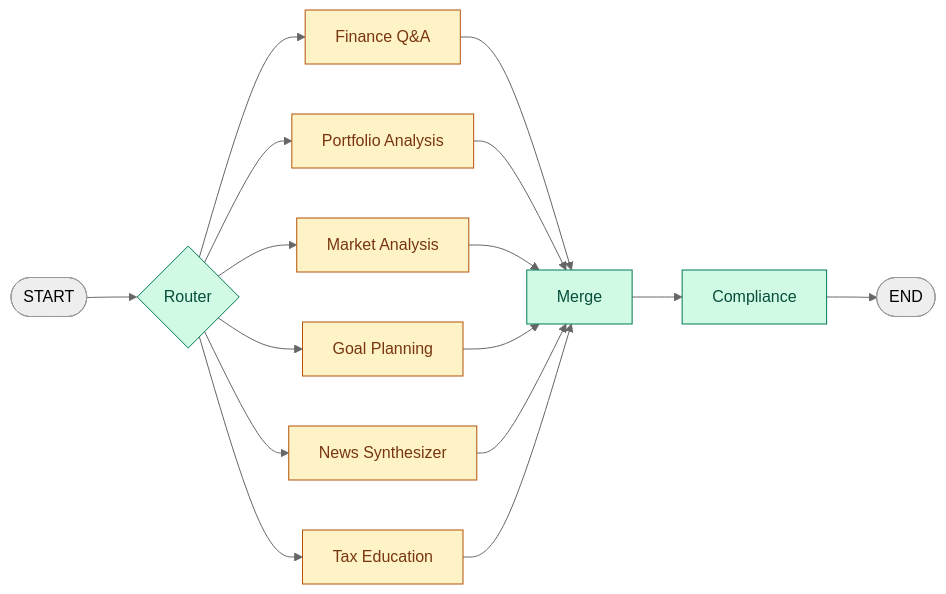
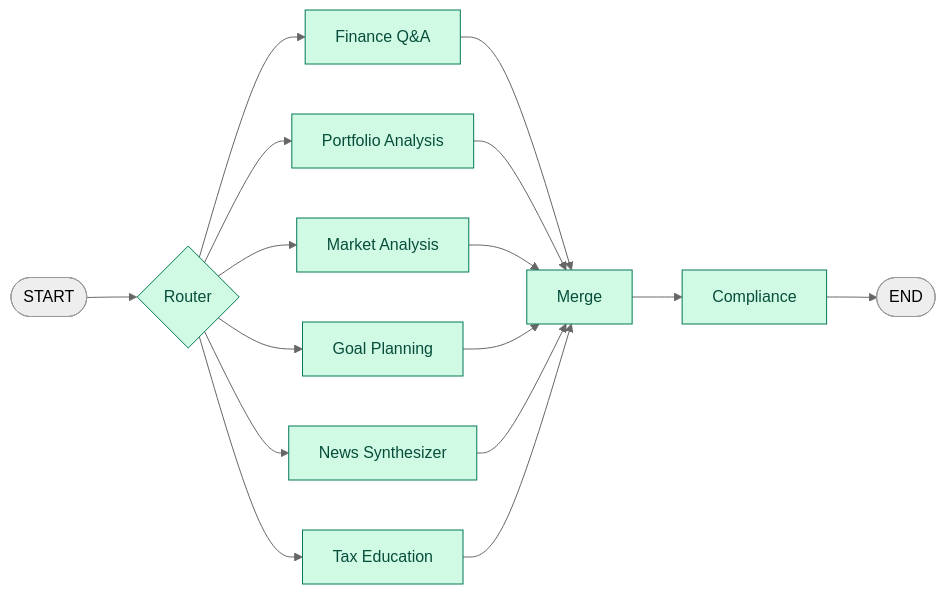
The second of 6 diagrams in Capstone1/ai_finance_assistant/docs/DESIGN.md (sushmakrishna-tech/agenticAI), drawn with Mermaid (neutral theme) before and after one commit. The commit also changed other lines of this file and 35 other files, not shown here.

````diff
--- a/Capstone1/ai_finance_assistant/docs/DESIGN.md
+++ b/Capstone1/ai_finance_assistant/docs/DESIGN.md
@@ -71,23 +74,22 @@
 ```mermaid
 flowchart LR
     start(["START"]) --> router{"Router"}
     router --> qa["Finance Q&A"]
     router --> portfolio["Portfolio Analysis"]
     router --> market["Market Analysis"]
     router --> goals["Goal Planning"]
     router --> news["News Synthesizer"]
     router --> tax["Tax Education"]
     qa --> merge["Merge"]
     portfolio --> merge
     market --> merge
     goals --> merge
     news --> merge
     tax --> merge
     merge --> compliance["Compliance"]
     compliance --> finish(["END"])
 
     classDef built fill:#d1fae5,stroke:#047857,color:#064e3b
-    classDef stub fill:#fef3c7,stroke:#b45309,color:#78350f
     class router,merge,compliance built
-    class qa,portfolio,market,goals,news,tax stub
+    class qa,portfolio,market,goals,news,tax built
 ```
````
